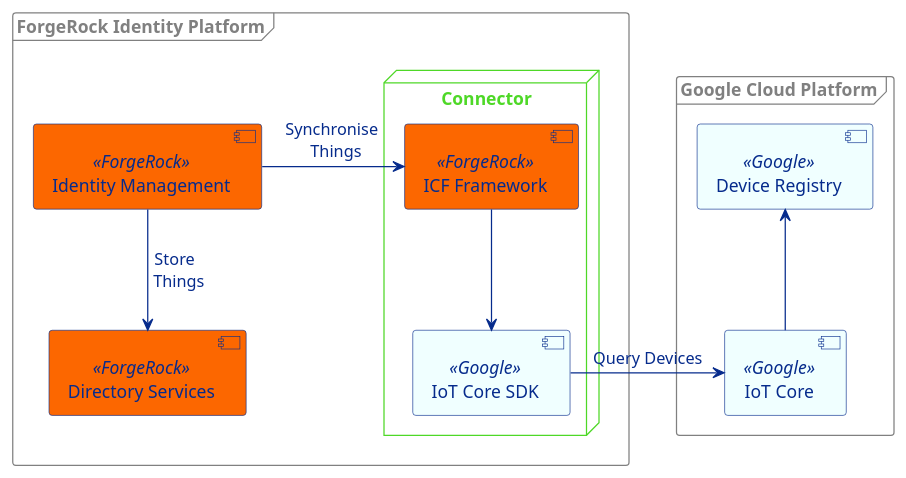
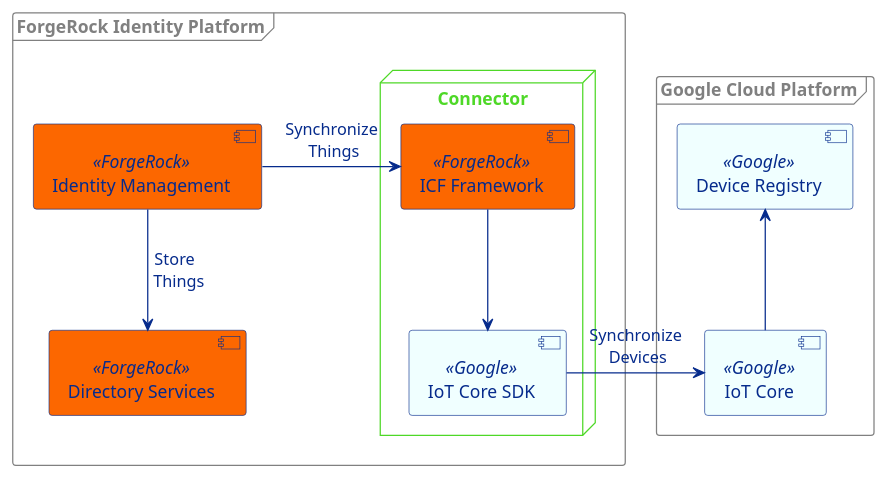
One commit to ForgeRock/iot-edge changed the diagram in examples/proof-of-concept/gcp-iot/docs/forgerock-gcp-integration.puml. Above: the diagram before and after it, drawn with PlantUML. The commit also changed 22 other files, not shown here.

```diff
--- a/examples/proof-of-concept/gcp-iot/docs/forgerock-gcp-integration.puml
+++ b/examples/proof-of-concept/gcp-iot/docs/forgerock-gcp-integration.puml
@@ -1,39 +1,39 @@
 @startuml
 
 skinparam component {
   FontColor #062b8c
   BackgroundColor<<ForgeRock>> #fc6700
   BorderColor #062b8c
   BackgroundColor<<Google>> azure
   ArrowColor #062b8c
   ArrowFontColor #062b8c
 }
 skinparam node {
   BorderColor #4ED827
   FontColor #4ED827
 }
 skinparam frame {
   BorderColor gray
   FontColor gray
 }
 
 frame "Google Cloud Platform" {
     [IoT Core] as core <<Google>>
     [Device Registry] as db <<Google>>
 }
 frame "ForgeRock Identity Platform" {
     [Identity Management] as idm <<ForgeRock>>
     [Directory Services] as ds <<ForgeRock>>
     node "Connector" {
         [ICF Framework] as icf <<ForgeRock>>
         [IoT Core SDK] as sdk <<Google>>
     }
 }
 
 idm -down-> ds : Store \n Things
-idm -right-> icf : Synchronise \n Things
+idm -right-> icf : Synchronize\n Things
 icf -down-> sdk
-sdk -right-> core : Query Devices
+sdk -right-> core : Synchronize\n Devices
 core -up-> db
 
 @enduml
```
